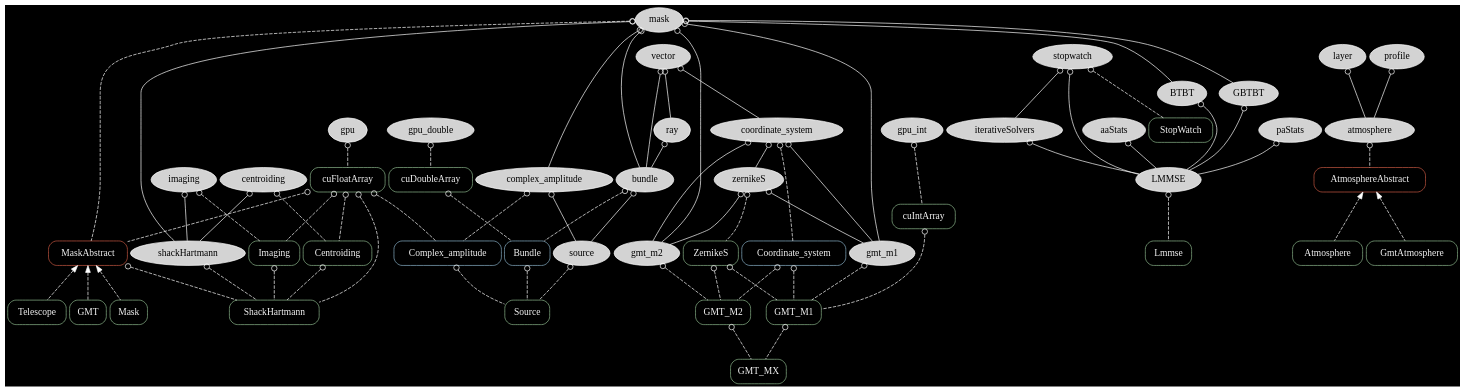
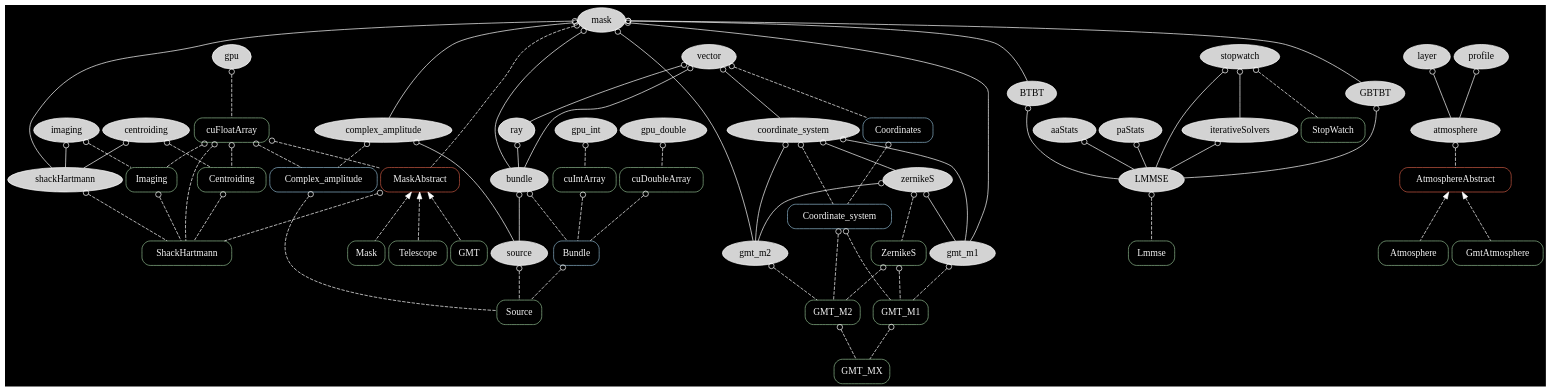
The diagram in graph/ceo.dot (rconan/CEO), drawn with Graphviz before and after one commit. The commit also changed 5 other files, not shown here.

Commit message:
NEW COORDINATES CLASS The new cooridinates class allow to interact (read/write) with the different coordinate systems of GMT M1 and M2 mirrors

```diff
--- a/graph/ceo.dot
+++ b/graph/ceo.dot
@@ -1,112 +1,116 @@
 digraph {
 overlap=false
 splines=true
 bgcolor = black
 node[style=filled,fillcolor=lightgray,color=white];
 edge[arrowtail=odot,dir=back,color=white];
 
 mask -> shackHartmann;
 imaging -> shackHartmann;
 centroiding -> shackHartmann;
 bundle -> source;
 
 coordinate_system -> zernikeS;
 coordinate_system -> gmt_m1;
 coordinate_system -> gmt_m2
 
 mask -> gmt_m1;
 mask -> gmt_m2;
 mask -> complex_amplitude;
 
 zernikeS -> gmt_m1;
 zernikeS -> gmt_m2;
 
 vector -> coordinate_system;
 vector -> bundle;
 
 mask -> bundle;
 ray -> bundle;
 vector -> ray;
 complex_amplitude -> source;
 
 layer -> atmosphere;
 profile -> atmosphere;
 
 mask -> BTBT;
 mask -> GBTBT;
 aaStats -> LMMSE;
 paStats -> LMMSE;
 BTBT -> LMMSE;
 GBTBT -> LMMSE;
 iterativeSolvers -> LMMSE;
 stopwatch -> LMMSE;
 stopwatch -> iterativeSolvers;
 
 gpu;
 gpu_int;
 gpu_double;
 
 node[color=darkseagreen,style=rounded,shape=box,fontcolor=whitesmoke];
 edge[style=dashed,color=white]
 
 centroiding -> Centroiding;
 imaging -> Imaging;
 cuFloatArray -> Imaging;
 cuFloatArray -> Centroiding;
 
 source -> Source;
 Complex_amplitude[color=lightskyblue3];
 complex_amplitude -> Complex_amplitude;
 cuFloatArray -> Complex_amplitude;
 Bundle[color=lightskyblue3];
 bundle -> Bundle;
 cuDoubleArray -> Bundle;
+cuIntArray -> Bundle;
 Complex_amplitude -> Source[label="wavefront"];
 Bundle -> Source[label="rays"];
 
 shackHartmann -> ShackHartmann;
 MaskAbstract -> ShackHartmann;
 cuFloatArray -> ShackHartmann
 Imaging -> ShackHartmann;
 Centroiding -> ShackHartmann;
 
 gmt_m1 -> GMT_M1;
-cuIntArray -> GMT_M1;
 gmt_m2 -> GMT_M2;
 ZernikeS;
 zernikeS -> ZernikeS;
 ZernikeS -> GMT_M1;
 ZernikeS -> GMT_M2;
 GMT_M1 -> GMT_MX[label="M1"];
 GMT_M2 -> GMT_MX[label="M2"];
 Coordinate_system[color=lightskyblue3];
 coordinate_system -> Coordinate_system;
 Coordinate_system -> GMT_M1;
 Coordinate_system -> GMT_M2;
+Coordinates[color=lightskyblue3];
+Coordinates -> Coordinate_system;
+vector -> Coordinates;
 
 AtmosphereAbstract[color=coral3];
 atmosphere -> AtmosphereAbstract;
 
 MaskAbstract[color=coral3]
 mask -> MaskAbstract;
 cuFloatArray -> MaskAbstract;
 
 stopwatch -> StopWatch;
 
 gpu -> cuFloatArray;
 gpu_int -> cuIntArray;
 gpu_double -> cuDoubleArray;
 LMMSE -> Lmmse;
 
 edge[dir=back,arrowtail=normal];
 
 AtmosphereAbstract -> Atmosphere;
 AtmosphereAbstract -> GmtAtmosphere;
 
 MaskAbstract -> Mask;
 MaskAbstract -> Telescope;
 MaskAbstract -> GMT;
 
 {rank = source; mask;}
-{rank = same; gpu; gpu_double; gpu_int;}
+#{rank = sink; cuFloatArray; cuDoubleArray; cuIntArray;}
+#{rank = same; gpu; gpu_double; gpu_int;}
 }
```
